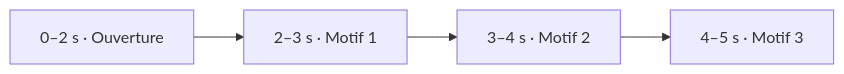
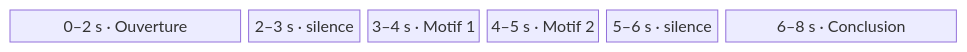
Before and after one commit to LucasBertrand/pianola-doc: the first of 4 diagrams in etudes-de-cas.md, drawn with Mermaid. The commit also changed other lines of this file and 1 other file, not shown here.

Commit message:
Replace composition graph with clip grid

````diff
--- a/etudes-de-cas.md
+++ b/etudes-de-cas.md
@@ -58,6 +36,5 @@
 ```mermaid
-flowchart LR
-    Ouverture["0–2 s · Ouverture"] --> Motif1["2–3 s · Motif 1"]
-    Motif1 --> Motif2["3–4 s · Motif 2"]
-    Motif2 --> Motif3["4–5 s · Motif 3"]
+block-beta
+    columns 8
+    ouverture["0–2 s · Ouverture"]:2 gap1["2–3 s · silence"] motif1["3–4 s · Motif 1"] motif2["4–5 s · Motif 2"] gap2["5–6 s · silence"] conclusion["6–8 s · Conclusion"]:2
 ```
````
